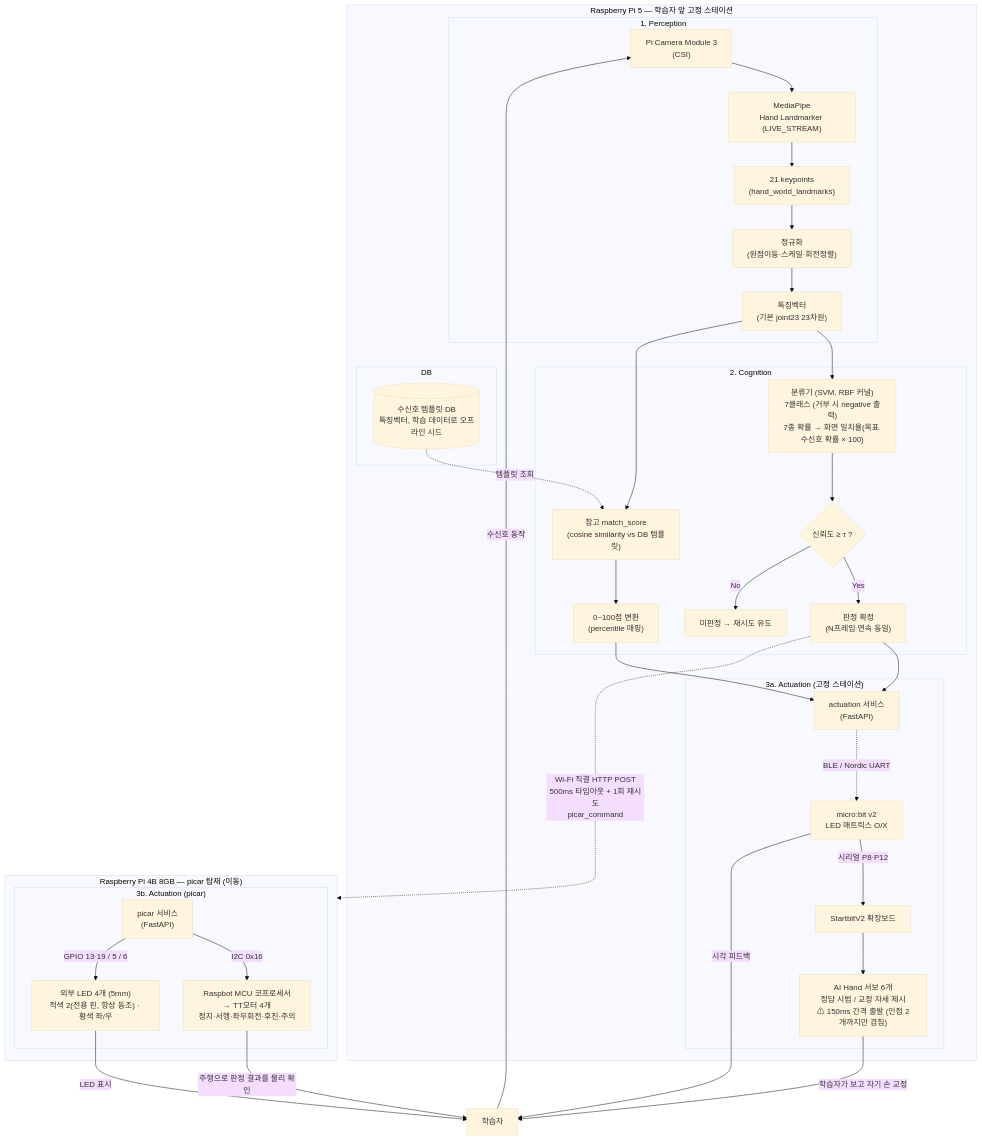
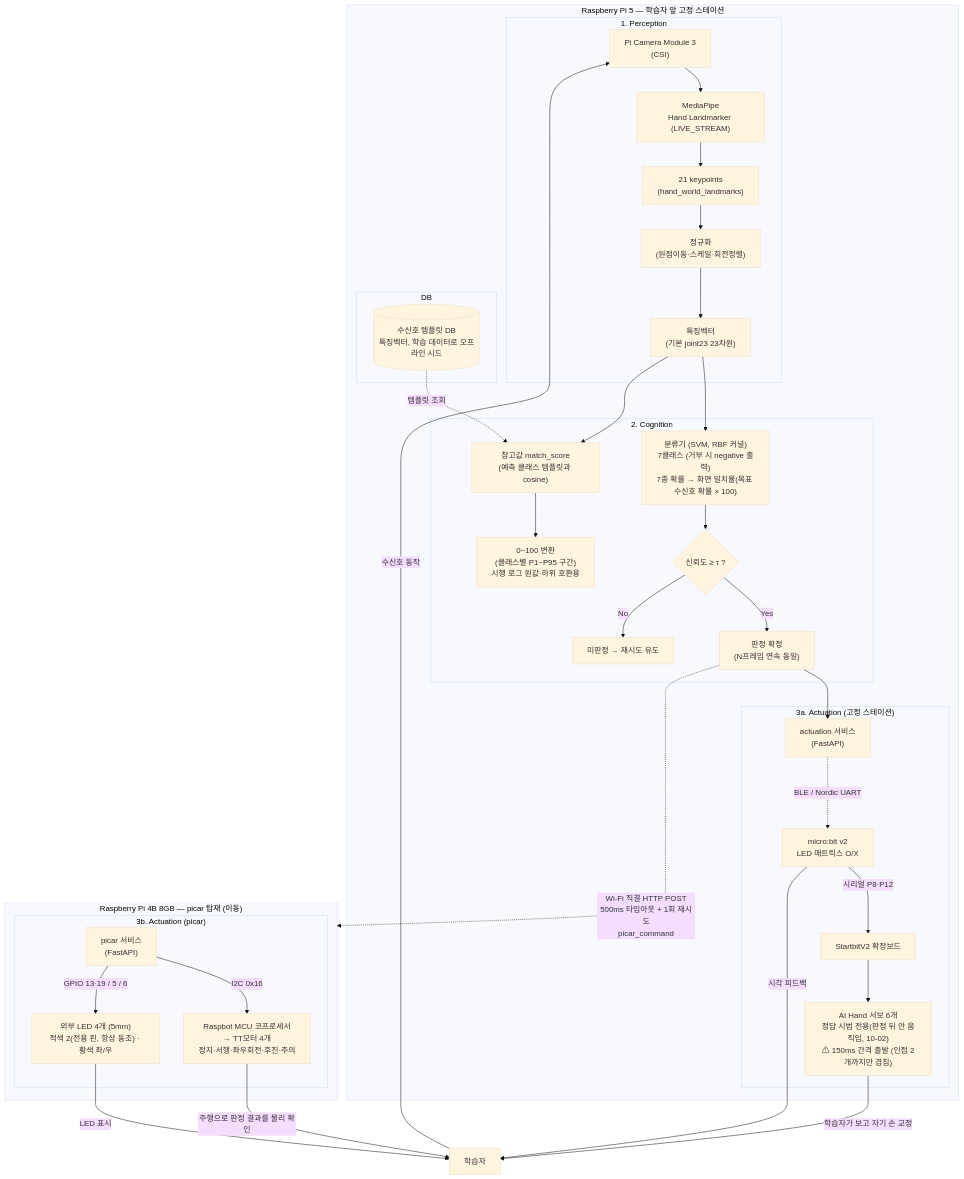
Before and after one commit to Lee35678/SafeSign_PhysicalAI: the diagram in document/02_설계문서.md, drawn with Mermaid (base theme). The commit also changed other lines of this file and 21 other files, not shown here.

````diff
--- a/document/02_설계문서.md
+++ b/document/02_설계문서.md
@@ -268,49 +279,48 @@
 ```mermaid
 flowchart TD
     subgraph RPI5["Raspberry Pi 5 — 학습자 앞 고정 스테이션"]
         subgraph PERCEPTION["1. Perception"]
             D["Pi Camera Module 3<br/>(CSI)"] --> E["MediaPipe<br/>Hand Landmarker (LIVE_STREAM)"]
             E --> F["21 keypoints<br/>(hand_world_landmarks)"]
             F --> G["정규화<br/>(원점이동·스케일·회전정렬)"]
             G --> H["특징벡터<br/>(기본 joint23 23차원)"]
         end
 
         subgraph COGNITION["2. Cognition"]
             H --> I["분류기 (SVM, RBF 커널)<br/>7클래스 (거부 시 negative 출력)<br/>7종 확률 → 화면 일치율(목표 수신호 확률 × 100)"]
-            H --> J["참고 match_score<br/>(cosine similarity vs DB 템플릿)"]
+            H --> J["참고값 match_score<br/>(예측 클래스 템플릿과 cosine)"]
             I --> K{"신뢰도 ≥ τ ?"}
             K -->|Yes| L["판정 확정<br/>(N프레임 연속 동일)"]
             K -->|No| M["미판정 → 재시도 유도"]
-            J --> N["0~100점 변환<br/>(percentile 매핑)"]
+            J --> N["0~100 변환<br/>(클래스별 P1~P95 구간)<br/>시행 로그 원값·하위 호환용"]
         end
 
         subgraph DB["DB"]
             O[(수신호 템플릿 DB<br/>특징벡터, 학습 데이터로 오프라인 시드)]
         end
         O -.템플릿 조회.-> J
 
         subgraph ACTUATION_LOCAL["3a. Actuation (고정 스테이션)"]
             L --> S1["actuation 서비스<br/>(FastAPI)"]
-            N --> S1
             S1 -.BLE / Nordic UART.-> S2["micro:bit v2<br/>LED 매트릭스 O/X"]
             S2 -->|"시리얼 P8·P12"| S3["StartbitV2 확장보드"]
-            S3 --> S4["AI Hand 서보 6개<br/>정답 시범 / 교정 자세 제시<br/>⚠ 150ms 간격 출발 (인접 2개까지만 겹침)"]
+            S3 --> S4["AI Hand 서보 6개<br/>정답 시범 전용(판정 뒤 안 움직임, 10-02)<br/>⚠ 150ms 간격 출발 (인접 2개까지만 겹침)"]
         end
     end
 
     L -.Wi-Fi 직결 HTTP POST<br/>500ms 타임아웃 + 1회 재시도<br/>picar_command.-> RPI4B
 
     subgraph RPI4B["Raspberry Pi 4B 8GB — picar 탑재 (이동)"]
         subgraph ACTUATION_PICAR["3b. Actuation (picar)"]
             R1["picar 서비스<br/>(FastAPI)"]
             R1 -->|"I2C 0x16"| R2["Raspbot MCU 코프로세서<br/>→ TT모터 4개<br/>정지·서행·좌우회전·후진·주의"]
             R1 -->|"GPIO 13·19 / 5 / 6"| R3["외부 LED 4개 (5mm)<br/>적색 2(전용 핀, 항상 동조) · 황색 좌/우"]
         end
     end
 
     A[학습자] -->|수신호 동작| D
     S4 -->|학습자가 보고 자기 손 교정| A
     S2 -->|시각 피드백| A
     R2 -->|주행으로 판정 결과를 물리 확인| A
     R3 -->|LED 표시| A
 ```
````
